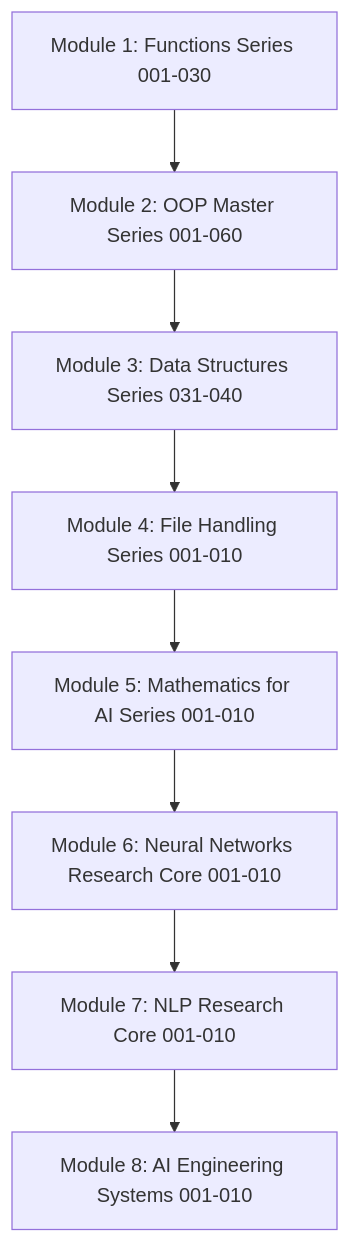
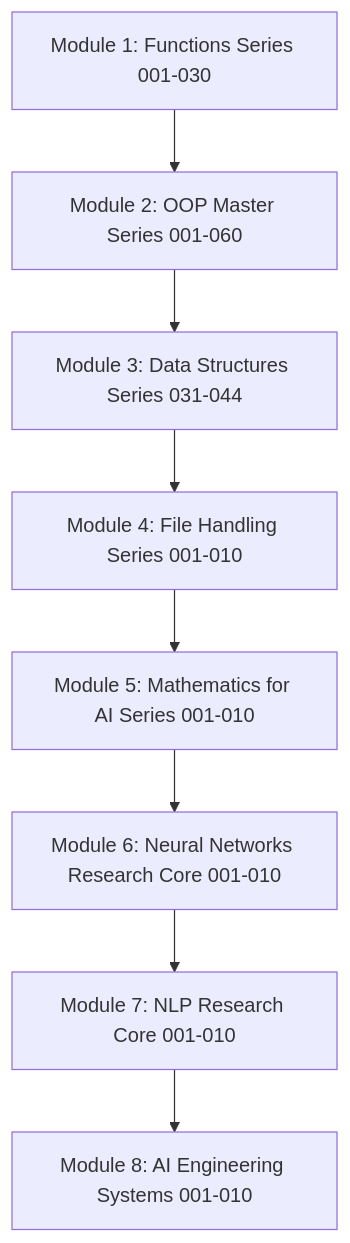
The diagram in README.md (LIKITH-3012-MAC/Complete-Python-3-oops-also-), drawn with Mermaid before and after one commit. The commit also changed other lines of this file and 5 other files, not shown here.

Commit message:
Add complete A-Z Data Structures notebooks (Lists upgraded, Tuples/Sets/Dicts/Strings added) with CPython internals, hashing, performance benchmarks, and interview prep

````diff
--- a/README.md
+++ b/README.md
@@ -22,10 +22,10 @@
 ```mermaid
 graph TD
     A[Module 1: Functions Series 001-030] --> B[Module 2: OOP Master Series 001-060]
-    B --> C[Module 3: Data Structures Series 031-040]
+    B --> C[Module 3: Data Structures Series 031-044]
     C --> D[Module 4: File Handling Series 001-010]
     D --> E[Module 5: Mathematics for AI Series 001-010]
     E --> F[Module 6: Neural Networks Research Core 001-010]
     F --> G[Module 7: NLP Research Core 001-010]
     G --> H[Module 8: AI Engineering Systems 001-010]
 ```
````
